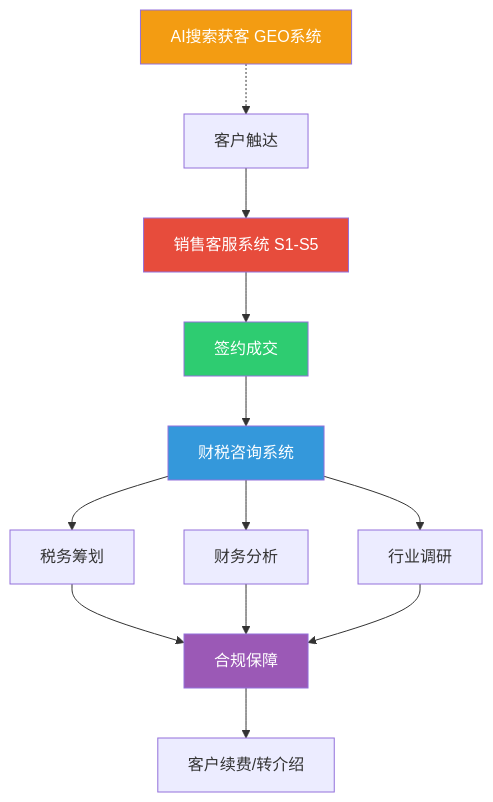
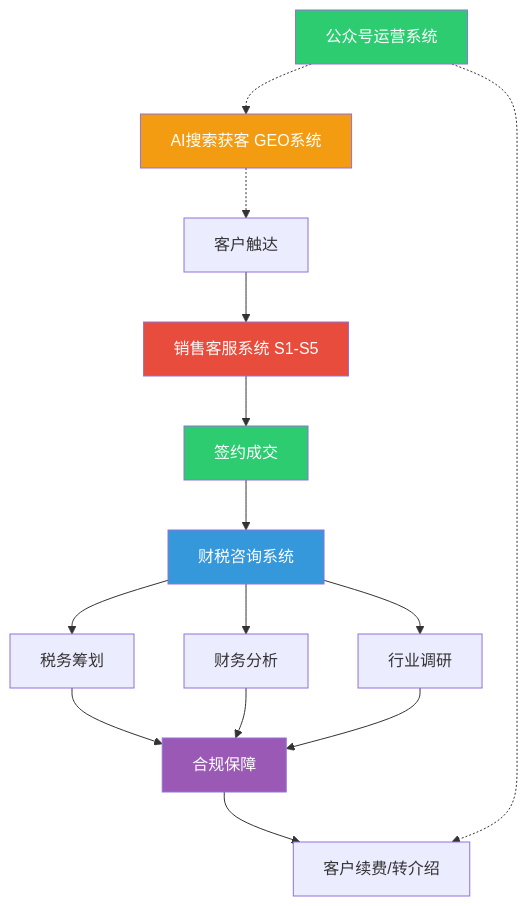
One commit to jsxuaijun-art/hermes-data changed the diagram in skills/productivity/yingxin-business-suite/SKILL.md. Above: the diagram before and after it, drawn with Mermaid. The commit also changed other lines of this file and 28 other files, not shown here.

````diff
--- a/skills/productivity/yingxin-business-suite/SKILL.md
+++ b/skills/productivity/yingxin-business-suite/SKILL.md
@@ -29,21 +30,24 @@
 ```mermaid
 flowchart TD
     A[客户触达] --> B[销售客服系统 S1-S5]
     B --> C[签约成交]
     C --> D[财税咨询系统]
     D --> E[税务筹划]
     D --> F[财务分析]
     D --> G[行业调研]
     E --> H[合规保障]
     F --> H
     G --> H
     H --> I[客户续费/转介绍]
 
     J[AI搜索获客 GEO系统] -.-> A
+    K[公众号运营系统] -.-> J
+    K -.-> I
 
     style B fill:#e74c3c,color:#fff
     style D fill:#3498db,color:#fff
     style C fill:#2ecc71,color:#fff
     style H fill:#9b59b6,color:#fff
     style J fill:#f39c12,color:#fff
+    style K fill:#2ecc71,color:#fff
 ```
````
